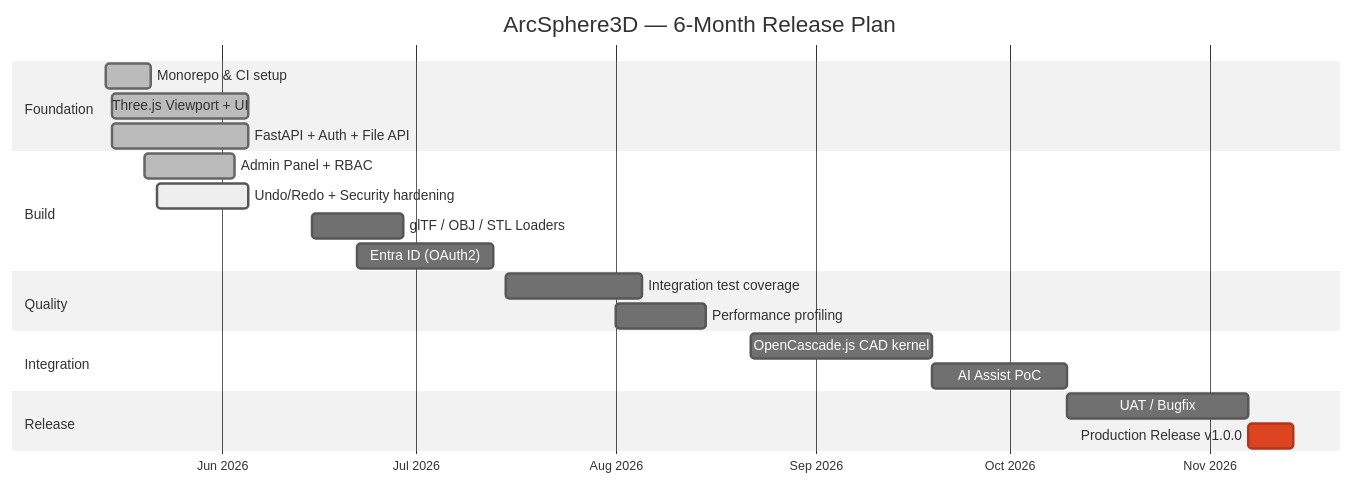
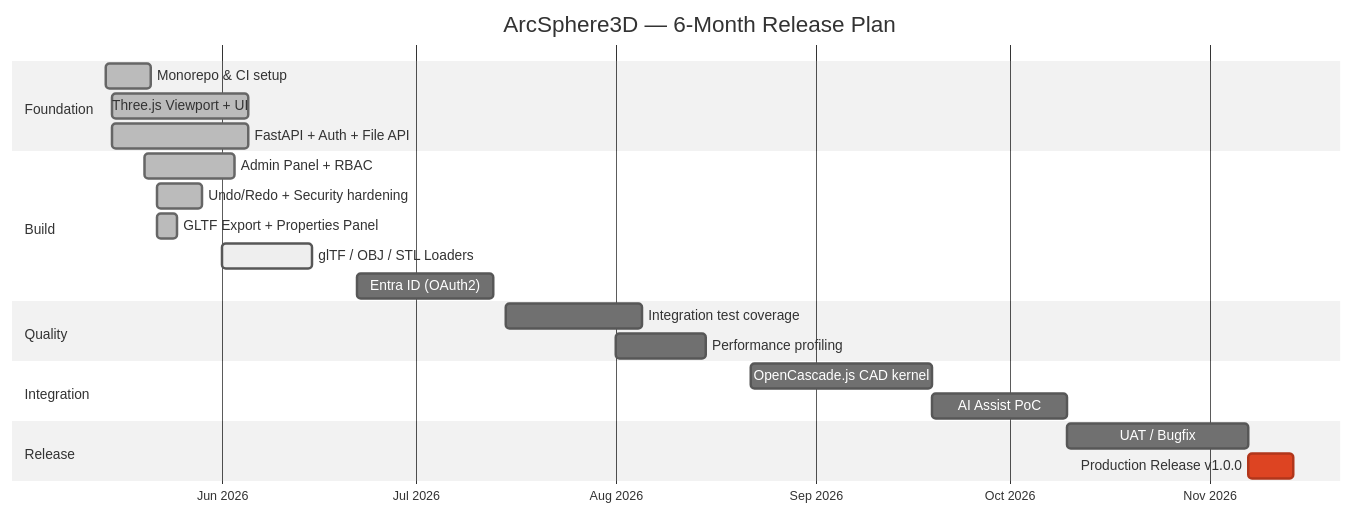
The third of 3 diagrams in README.md (Kensan196948G/ArcSphere3D), drawn with Mermaid (neutral theme) before and after one commit. The commit also changed other lines of this file, not shown here.

First line of the commit message:
docs(readme): セッション 2026-05-22 の merge 反映 — PR #163/#169/#170/#171/#172/#177/#178 を Done に更新

````diff
--- a/README.md
+++ b/README.md
@@ -365,29 +388,30 @@
 ```mermaid
 gantt
     title ArcSphere3D — 6-Month Release Plan
     dateFormat YYYY-MM-DD
     axisFormat %b %Y
 
     section Foundation
     Monorepo & CI setup             :done,    f1, 2026-05-14, 7d
     Three.js Viewport + UI          :done,    f2, 2026-05-15, 21d
     FastAPI + Auth + File API       :done,    f3, 2026-05-15, 21d
 
     section Build
     Admin Panel + RBAC              :done,    b1, 2026-05-20, 14d
-    Undo/Redo + Security hardening  :active,  b2, 2026-05-22, 14d
-    glTF / OBJ / STL Loaders       :         b3, 2026-06-15, 14d
-    Entra ID (OAuth2)               :         b4, 2026-06-22, 21d
+    Undo/Redo + Security hardening  :done,    b2, 2026-05-22, 7d
+    GLTF Export + Properties Panel  :done,    b3, 2026-05-22, 3d
+    glTF / OBJ / STL Loaders        :active,  b4, 2026-06-01, 14d
+    Entra ID (OAuth2)               :         b5, 2026-06-22, 21d
 
     section Quality
     Integration test coverage       :         q1, 2026-07-15, 21d
     Performance profiling           :         q2, 2026-08-01, 14d
 
     section Integration
     OpenCascade.js CAD kernel       :         i1, 2026-08-22, 28d
     AI Assist PoC                   :         i2, 2026-09-19, 21d
 
     section Release
     UAT / Bugfix                    :         r1, 2026-10-10, 28d
     Production Release v1.0.0      :crit,    r2, 2026-11-07, 7d
 ```
````
